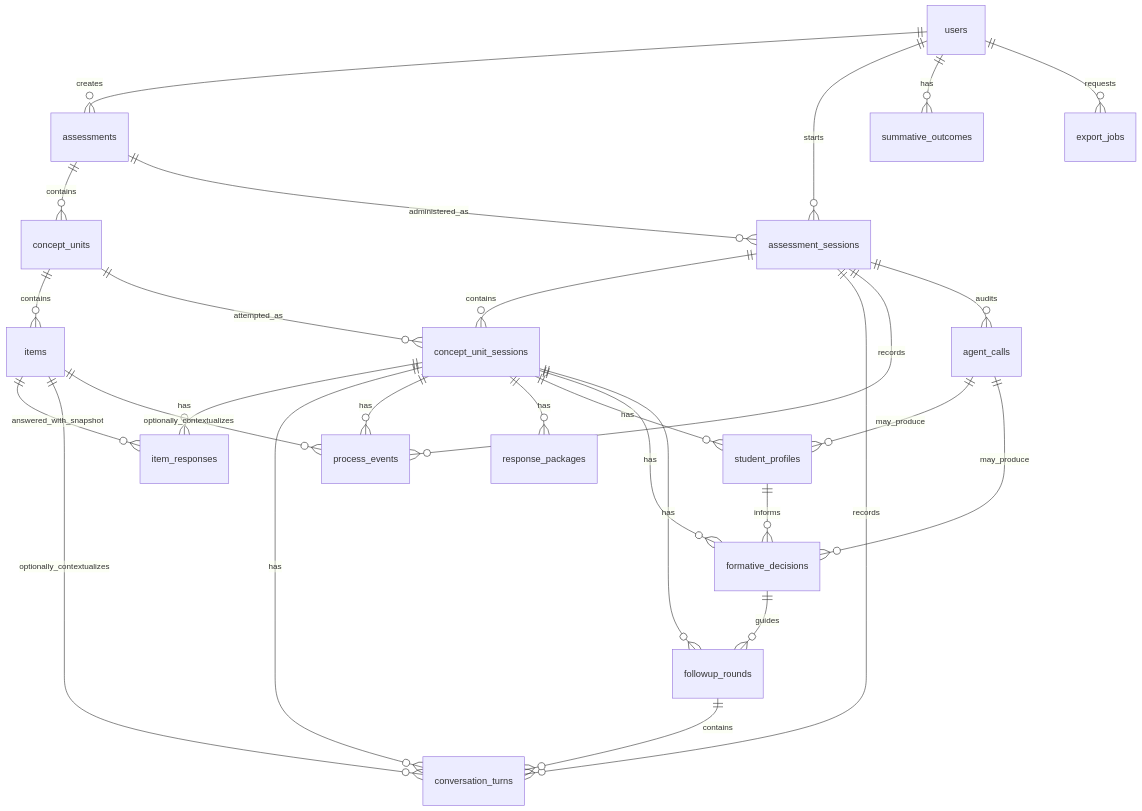
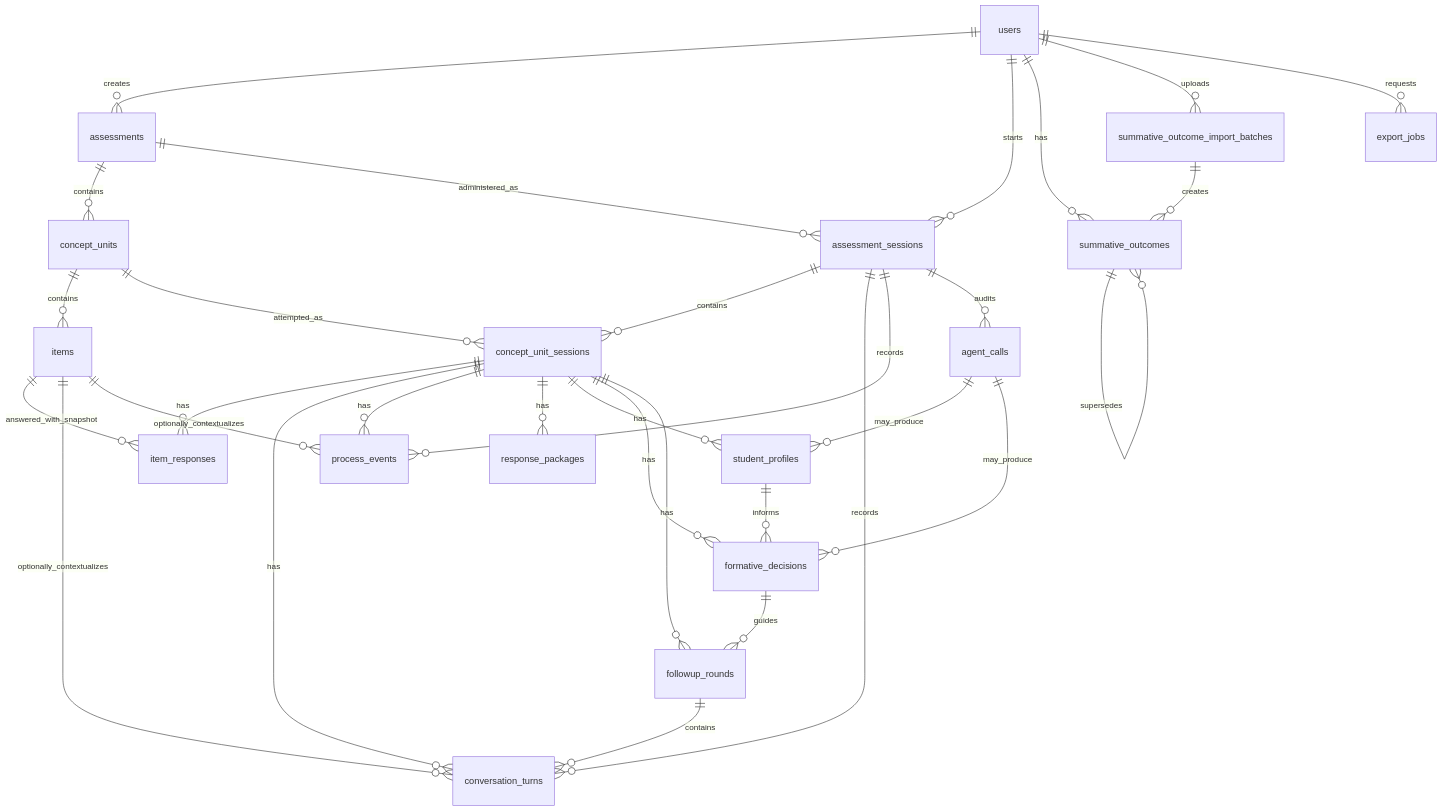
The diagram in docs/DATA_MODEL.md (BIN-TAN/conversational-mcq), drawn with Mermaid before and after one commit. The commit also changed other lines of this file and 47 other files, not shown here.

Commit message:
feat: add summative outcomes and master csv export

````diff
--- a/docs/DATA_MODEL.md
+++ b/docs/DATA_MODEL.md
@@ -280,35 +326,38 @@
 ```mermaid
 erDiagram
   users ||--o{ assessments : creates
   users ||--o{ assessment_sessions : starts
   users ||--o{ summative_outcomes : has
+  users ||--o{ summative_outcome_import_batches : uploads
   users ||--o{ export_jobs : requests
 
   assessments ||--o{ concept_units : contains
   assessments ||--o{ assessment_sessions : administered_as
   concept_units ||--o{ items : contains
   concept_units ||--o{ concept_unit_sessions : attempted_as
 
   assessment_sessions ||--o{ concept_unit_sessions : contains
   assessment_sessions ||--o{ conversation_turns : records
   assessment_sessions ||--o{ process_events : records
   assessment_sessions ||--o{ agent_calls : audits
 
   concept_unit_sessions ||--o{ item_responses : has
   concept_unit_sessions ||--o{ conversation_turns : has
   concept_unit_sessions ||--o{ process_events : has
   concept_unit_sessions ||--o{ response_packages : has
   concept_unit_sessions ||--o{ student_profiles : has
   concept_unit_sessions ||--o{ formative_decisions : has
   concept_unit_sessions ||--o{ followup_rounds : has
 
   items ||--o{ item_responses : answered_with_snapshot
   items ||--o{ conversation_turns : optionally_contextualizes
   items ||--o{ process_events : optionally_contextualizes
 
   agent_calls ||--o{ student_profiles : may_produce
   agent_calls ||--o{ formative_decisions : may_produce
   student_profiles ||--o{ formative_decisions : informs
   formative_decisions ||--o{ followup_rounds : guides
   followup_rounds ||--o{ conversation_turns : contains
+  summative_outcome_import_batches ||--o{ summative_outcomes : creates
+  summative_outcomes ||--o{ summative_outcomes : supersedes
 ```
````
